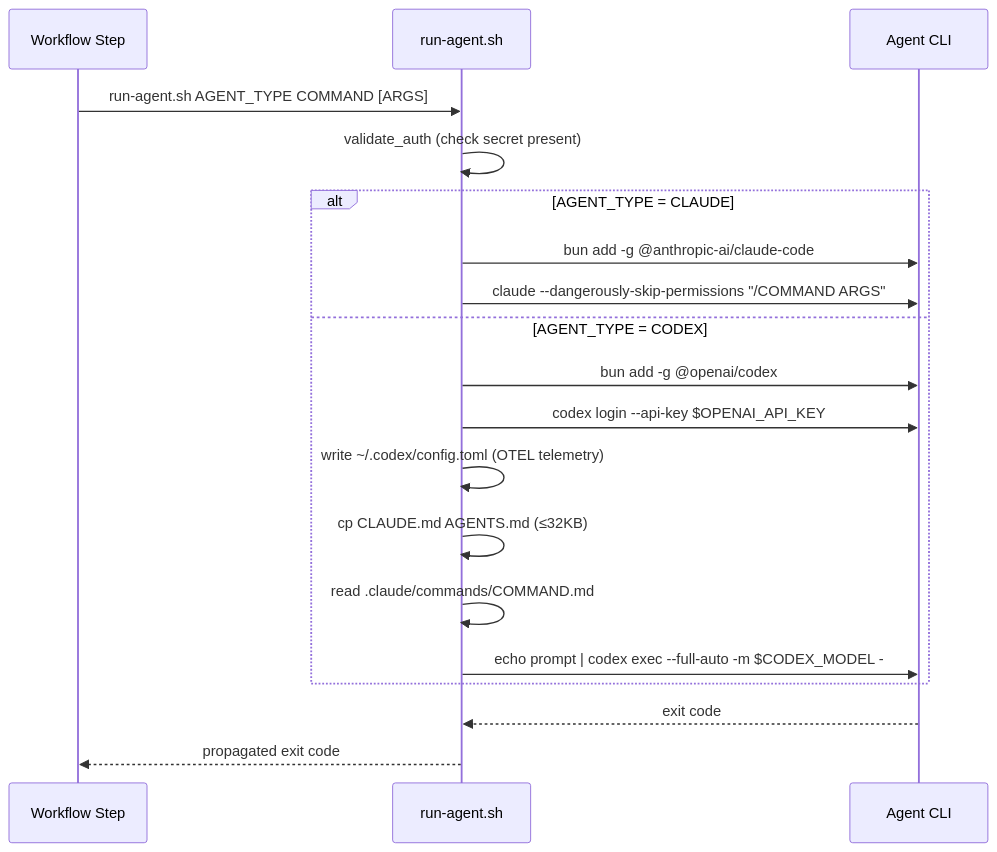
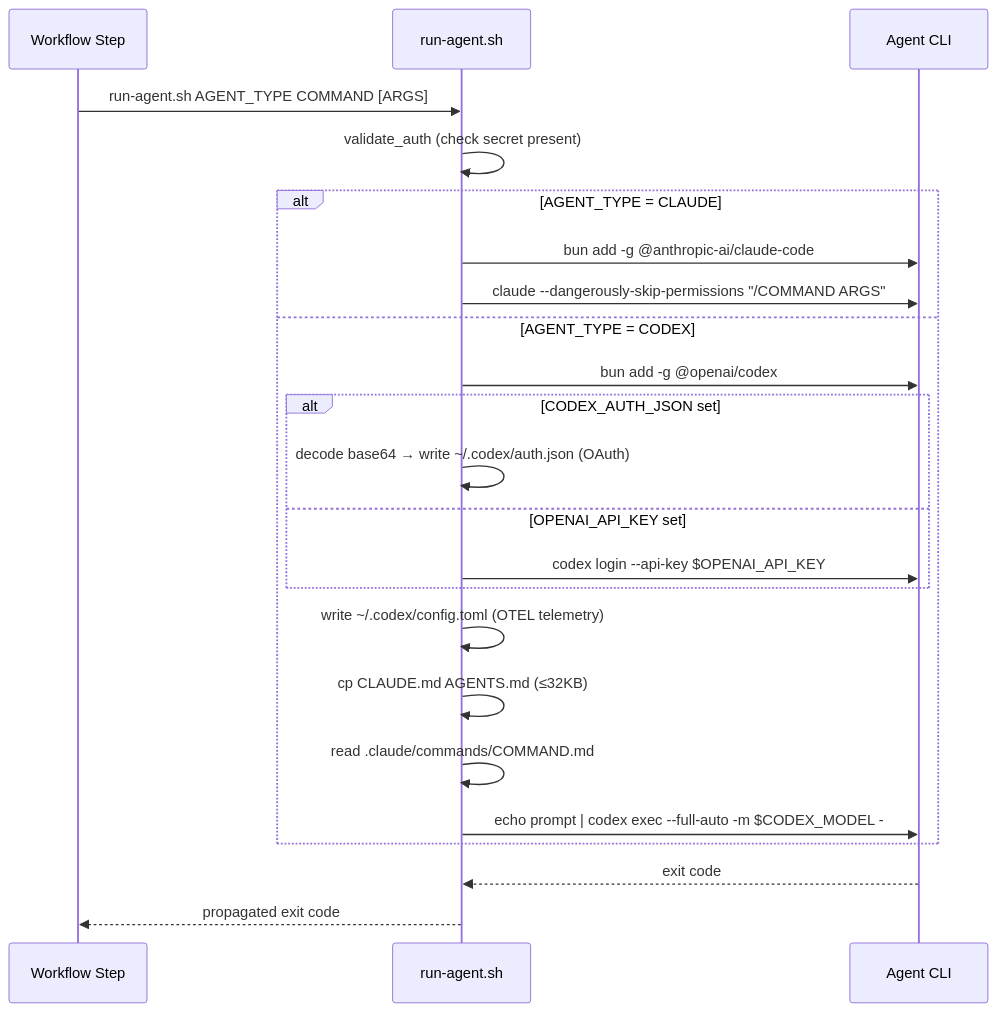
Before and after one commit to bfernandez31/ai-board: the second of 5 diagrams in specs/specifications/technical/implementation/integrations.md, drawn with Mermaid. The commit also changed other lines of this file and 3 other files, not shown here.

First line of the commit message:
docs: update specs for Codex OAuth auth, telemetry, and cost estimation

````diff
--- a/specs/specifications/technical/implementation/integrations.md
+++ b/specs/specifications/technical/implementation/integrations.md
@@ -378,22 +378,26 @@
 ```mermaid
 sequenceDiagram
     participant WF as Workflow Step
     participant RS as run-agent.sh
     participant CLI as Agent CLI
 
     WF->>RS: run-agent.sh AGENT_TYPE COMMAND [ARGS]
     RS->>RS: validate_auth (check secret present)
     alt AGENT_TYPE = CLAUDE
         RS->>CLI: bun add -g @anthropic-ai/claude-code
         RS->>CLI: claude --dangerously-skip-permissions "/COMMAND ARGS"
     else AGENT_TYPE = CODEX
         RS->>CLI: bun add -g @openai/codex
-        RS->>CLI: codex login --api-key $OPENAI_API_KEY
+        alt CODEX_AUTH_JSON set
+            RS->>RS: decode base64 → write ~/.codex/auth.json (OAuth)
+        else OPENAI_API_KEY set
+            RS->>CLI: codex login --api-key $OPENAI_API_KEY
+        end
         RS->>RS: write ~/.codex/config.toml (OTEL telemetry)
         RS->>RS: cp CLAUDE.md AGENTS.md (≤32KB)
         RS->>RS: read .claude/commands/COMMAND.md
         RS->>CLI: echo prompt | codex exec --full-auto -m $CODEX_MODEL -
     end
     CLI-->>RS: exit code
     RS-->>WF: propagated exit code
 ```
````
